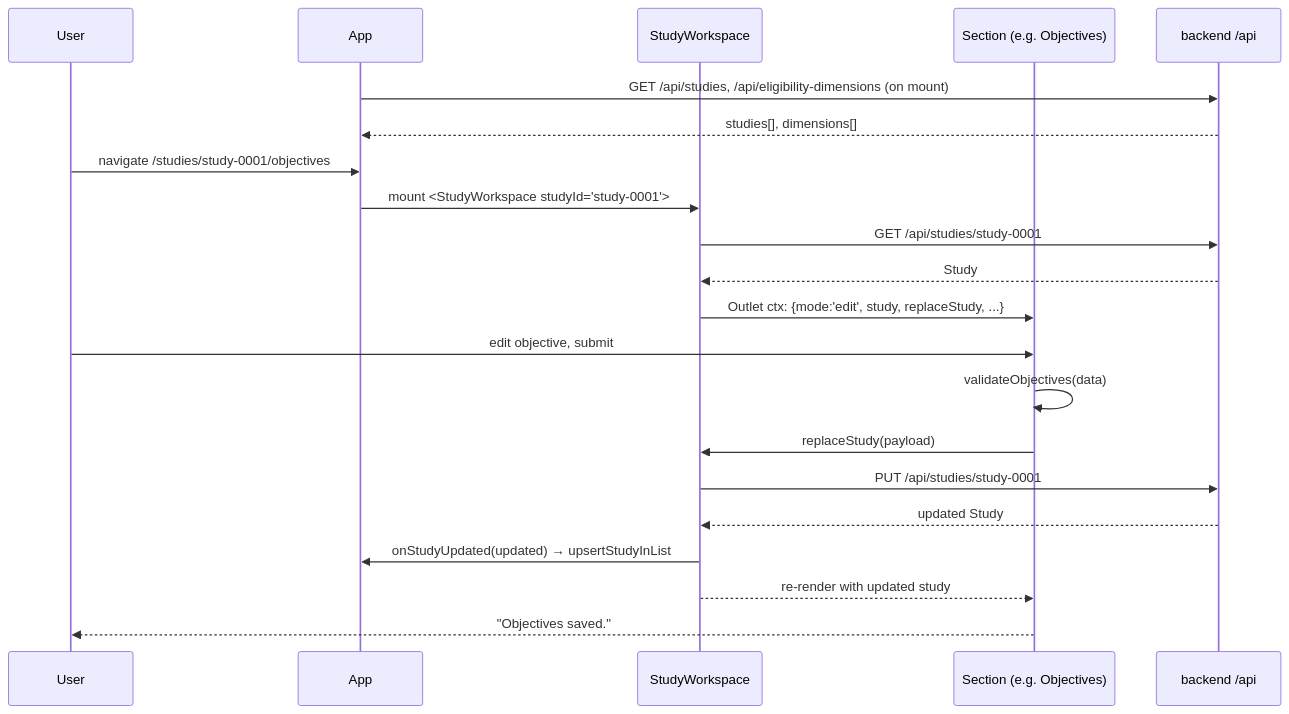
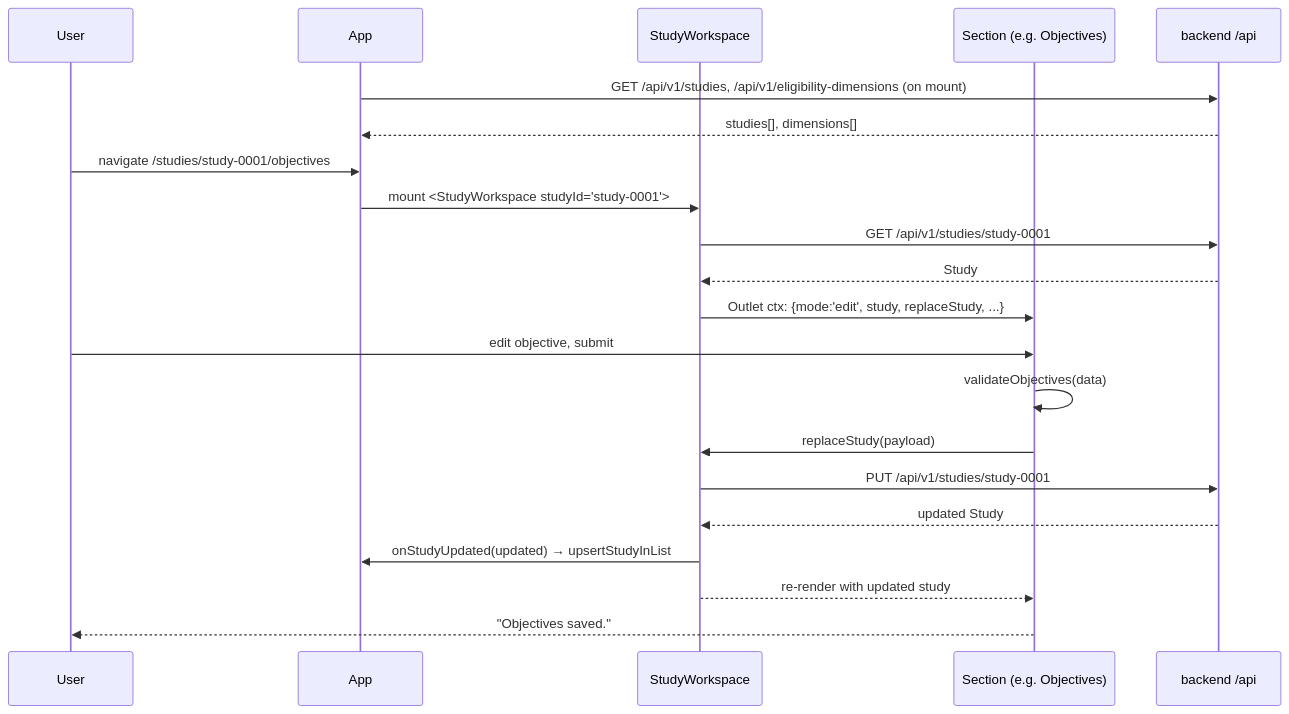
The fourth of 6 diagrams in docs/frontend-architecture.md (mathiasfk/clinical-trials-hub), drawn with Mermaid before and after one commit. The commit also changed other lines of this file and 16 other files, not shown here.

````diff
--- a/docs/frontend-architecture.md
+++ b/docs/frontend-architecture.md
@@ -331,23 +331,23 @@
 ```mermaid
 sequenceDiagram
     participant U as User
     participant App
     participant SW as StudyWorkspace
     participant Sec as Section (e.g. Objectives)
     participant API as backend /api
-    App->>API: GET /api/studies, /api/eligibility-dimensions (on mount)
+    App->>API: GET /api/v1/studies, /api/v1/eligibility-dimensions (on mount)
     API-->>App: studies[], dimensions[]
     U->>App: navigate /studies/study-0001/objectives
     App->>SW: mount <StudyWorkspace studyId="study-0001">
-    SW->>API: GET /api/studies/study-0001
+    SW->>API: GET /api/v1/studies/study-0001
     API-->>SW: Study
     SW->>Sec: Outlet ctx: {mode:'edit', study, replaceStudy, ...}
     U->>Sec: edit objective, submit
     Sec->>Sec: validateObjectives(data)
     Sec->>SW: replaceStudy(payload)
-    SW->>API: PUT /api/studies/study-0001
+    SW->>API: PUT /api/v1/studies/study-0001
     API-->>SW: updated Study
     SW->>App: onStudyUpdated(updated) → upsertStudyInList
     SW-->>Sec: re-render with updated study
     Sec-->>U: "Objectives saved."
 ```
````
